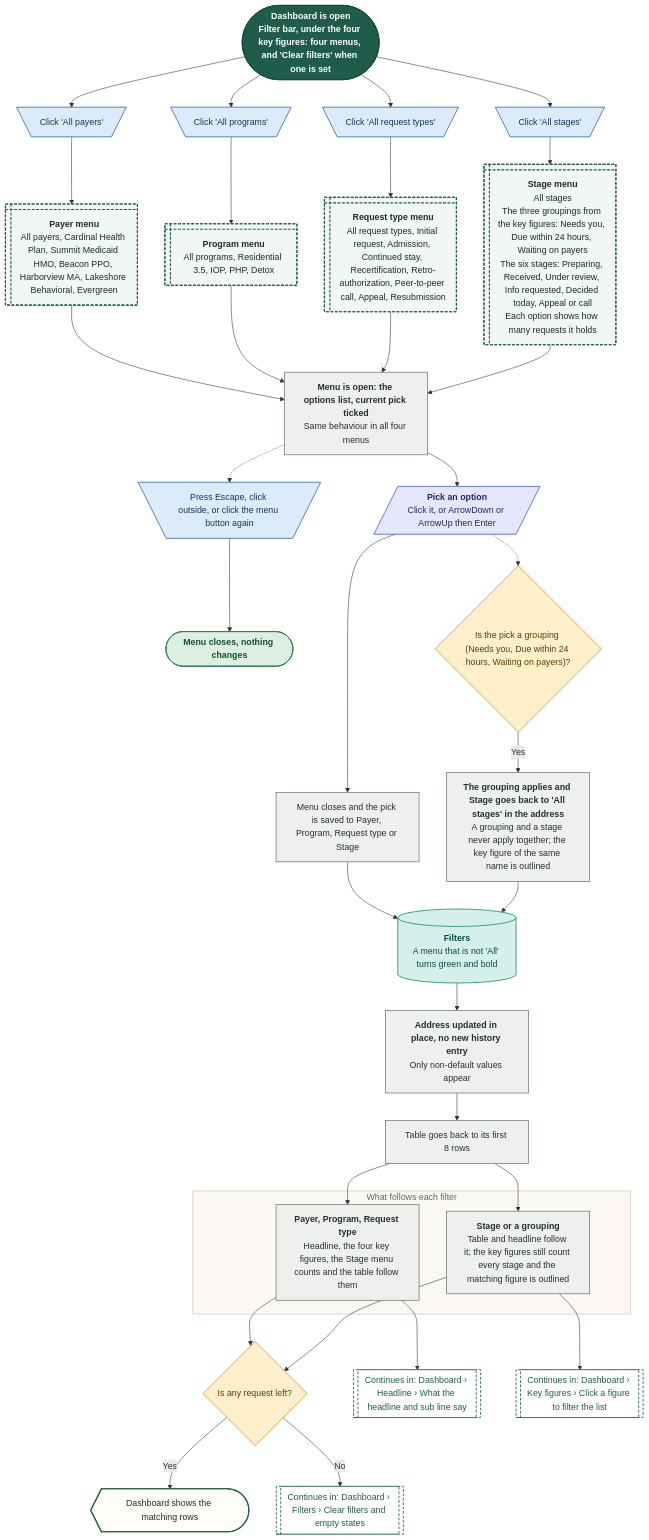
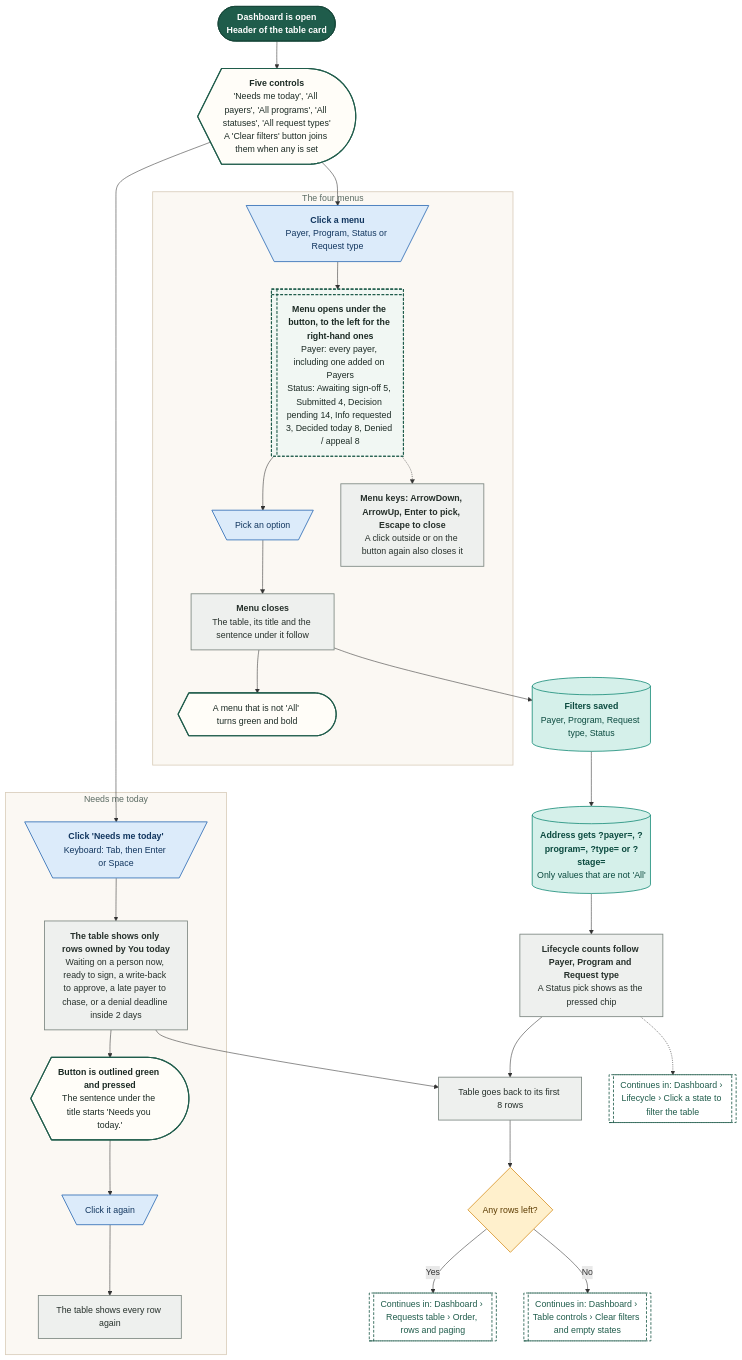
The sixth of 21 diagrams in demos/prior-auth-demo/workflows/out/md/02-dashboard.md (Shrav143/psyfloapp), drawn with Mermaid before and after one commit. The commit also changed other lines of this file and 251 other files, not shown here.

First line of the commit message:
docs: rebuild the workflow diagrams (291) for round 4

````diff
--- a/demos/prior-auth-demo/workflows/out/md/02-dashboard.md
+++ b/demos/prior-auth-demo/workflows/out/md/02-dashboard.md
@@ -345,75 +408,64 @@
 ```mermaid
 %%{init: {"theme":"base","themeVariables":{"fontFamily":"'DM Sans', 'Segoe UI', system-ui, sans-serif","fontSize":"15px","lineColor":"#5B6B63","primaryTextColor":"#1C2B25","clusterBkg":"#FBF8F3","clusterBorder":"#D9CDBB","edgeLabelBackground":"#FFFFFF"},"flowchart":{"curve":"basis","nodeSpacing":36,"rankSpacing":48,"padding":12,"htmlLabels":true,"useMaxWidth":false,"wrappingWidth":230}} }%%
 flowchart TD
   classDef k_start fill:#1F5C4B,stroke:#174638,color:#FFFFFF,stroke-width:1.5px,font-weight:600
   classDef k_end fill:#DDEFE3,stroke:#2E7D4F,color:#14502F,stroke-width:1.5px,font-weight:600
   classDef k_endx fill:#FBE3E0,stroke:#C0392B,color:#7A1F16,stroke-width:1.5px,font-weight:600
   classDef k_screen fill:#FFFDF8,stroke:#1F5C4B,color:#1C2B25,stroke-width:2px
   classDef k_overlay fill:#F1F7F3,stroke:#1F5C4B,color:#1C2B25,stroke-width:2px,stroke-dasharray:5 3
   classDef k_click fill:#DCEBFA,stroke:#2F6DB5,color:#12365F,stroke-width:1.5px
   classDef k_input fill:#E4E7FF,stroke:#4C5FD5,color:#1D2670,stroke-width:1.5px
   classDef k_process fill:#EEF0EE,stroke:#7A857F,color:#26302B,stroke-width:1.5px
   classDef k_agent fill:#EEE5FA,stroke:#7A4FC2,color:#341A63,stroke-width:1.5px
   classDef k_decision fill:#FFF0CC,stroke:#D9962B,color:#5C3B00,stroke-width:1.5px
   classDef k_store fill:#D5F0EA,stroke:#1C8E7B,color:#0B4A3F,stroke-width:1.5px
   classDef k_doc fill:#F6E9DC,stroke:#B07A4C,color:#4A2E14,stroke-width:1.5px
   classDef k_ext fill:#FFE6D2,stroke:#E07B39,color:#6B2F06,stroke-width:1.5px
   classDef k_wait fill:#E4E8EE,stroke:#6B7C93,color:#26303D,stroke-width:1.5px
   classDef k_toast fill:#FFF9DB,stroke:#C9A400,color:#5A4A00,stroke-width:1.5px
   classDef k_goto fill:#FFFFFF,stroke:#1F5C4B,color:#1F5C4B,stroke-width:1.5px,stroke-dasharray:5 3
-  s1@{ shape: stadium, label: "<b>Dashboard is open</b><br/>Filter bar, under the four key figures: four menus, and 'Clear filters' when one is set" }
-  c1@{ shape: trap-t, label: "Click 'All payers'" }
-  c2@{ shape: trap-t, label: "Click 'All programs'" }
-  c3@{ shape: trap-t, label: "Click 'All request types'" }
-  c4@{ shape: trap-t, label: "Click 'All stages'" }
-  o1@{ shape: win-pane, label: "<b>Payer menu</b><br/>All payers, Cardinal Health Plan, Summit Medicaid HMO, Beacon PPO, Harborview MA, Lakeshore Behavioral, Evergreen" }
-  o2@{ shape: win-pane, label: "<b>Program menu</b><br/>All programs, Residential 3.5, IOP, PHP, Detox" }
-  o3@{ shape: win-pane, label: "<b>Request type menu</b><br/>All request types, Initial request, Admission, Continued stay, Recertification, Retro-authorization, Peer-to-peer call, Appeal, Resubmission" }
-  o4@{ shape: win-pane, label: "<b>Stage menu</b><br/>All stages<br/>The three groupings from the key figures: Needs you, Due within 24 hours, Waiting on payers<br/>The six stages: Preparing, Received, Under review, Info requested, Decided today, Appeal or call<br/>Each option shows how many requests it holds" }
-  m1@{ shape: rect, label: "<b>Menu is open: the options list, current pick ticked</b><br/>Same behaviour in all four menus" }
-  i1@{ shape: lean-r, label: "<b>Pick an option</b><br/>Click it, or ArrowDown or ArrowUp then Enter" }
-  k1@{ shape: trap-t, label: "Press Escape, click outside, or click the menu button again" }
-  e0@{ shape: stadium, label: "Menu closes, nothing changes" }
-  dg@{ shape: diam, label: "Is the pick a grouping (Needs you, Due within 24 hours, Waiting on payers)?" }
-  pg@{ shape: rect, label: "<b>The grouping applies and Stage goes back to 'All stages' in the address</b><br/>A grouping and a stage never apply together; the key figure of the same name is outlined" }
-  p1@{ shape: rect, label: "Menu closes and the pick is saved to Payer, Program, Request type or Stage" }
-  w1@{ shape: cyl, label: "<b>Filters</b><br/>A menu that is not 'All' turns green and bold" }
-  p2@{ shape: rect, label: "<b>Address updated in place, no new history entry</b><br/>Only non-default values appear" }
-  p3@{ shape: rect, label: "Table goes back to its first 8 rows" }
-  subgraph gFollow ["What follows each filter"]
-  f1@{ shape: rect, label: "<b>Payer, Program, Request type</b><br/>Headline, the four key figures, the Stage menu counts and the table follow them" }
-  f2@{ shape: rect, label: "<b>Stage or a grouping</b><br/>Table and headline follow it; the key figures still count every stage and the matching figure is outlined" }
+  s1@{ shape: stadium, label: "<b>Dashboard is open</b><br/>Header of the table card" }
+  sc@{ shape: curv-trap, label: "<b>Five controls</b><br/>'Needs me today', 'All payers', 'All programs', 'All statuses', 'All request types'<br/>A 'Clear filters' button joins them when any is set" }
+  subgraph gToggle ["Needs me today"]
+  t1@{ shape: trap-t, label: "<b>Click 'Needs me today'</b><br/>Keyboard: Tab, then Enter or Space" }
+  t2@{ shape: rect, label: "<b>The table shows only rows owned by You today</b><br/>Waiting on a person now, ready to sign, a write-back to approve, a late payer to chase, or a denial deadline inside 2 days" }
+  t3@{ shape: curv-trap, label: "<b>Button is outlined green and pressed</b><br/>The sentence under the title starts 'Needs you today.'" }
+  t4@{ shape: trap-t, label: "Click it again" }
+  t5@{ shape: rect, label: "The table shows every row again" }
   end
-  d1@{ shape: diam, label: "Is any request left?" }
-  sc@{ shape: curv-trap, label: "Dashboard shows the matching rows" }
-  g1@{ shape: subproc, label: "Continues in: Dashboard › Filters › Clear filters and empty states" }
-  g2@{ shape: subproc, label: "Continues in: Dashboard › Headline › What the headline and sub line say" }
-  g3@{ shape: subproc, label: "Continues in: Dashboard › Key figures › Click a figure to filter the list" }
-  s1 --> c1 --> o1
-  s1 --> c2 --> o2
-  s1 --> c3 --> o3
-  s1 --> c4 --> o4
-  o1 & o2 & o3 & o4 --> m1
-  m1 --> i1
-  m1 -.-> k1 --> e0
-  i1 --> p1 --> w1 --> p2 --> p3
-  i1 -.-> dg
-  dg -->|"Yes"| pg --> w1
-  p3 --> f1 & f2
-  f1 --> g2
-  f2 --> g3
-  f1 & f2 --> d1
-  d1 -->|"Yes"| sc
+  subgraph gMenus ["The four menus"]
+  m1@{ shape: trap-t, label: "<b>Click a menu</b><br/>Payer, Program, Status or Request type" }
+  m2@{ shape: win-pane, label: "<b>Menu opens under the button, to the left for the right-hand ones</b><br/>Payer: every payer, including one added on Payers<br/>Status: Awaiting sign-off 5, Submitted 4, Decision pending 14, Info requested 3, Decided today 8, Denied / appeal 8" }
+  m3@{ shape: trap-t, label: "Pick an option" }
+  m4@{ shape: rect, label: "<b>Menu closes</b><br/>The table, its title and the sentence under it follow" }
+  m5@{ shape: rect, label: "<b>Menu keys: ArrowDown, ArrowUp, Enter to pick, Escape to close</b><br/>A click outside or on the button again also closes it" }
+  m6@{ shape: curv-trap, label: "A menu that is not 'All' turns green and bold" }
+  end
+  w1@{ shape: cyl, label: "<b>Filters saved</b><br/>Payer, Program, Request type, Status" }
+  w2@{ shape: cyl, label: "<b>Address gets ?payer=, ?program=, ?type= or ?stage=</b><br/>Only values that are not 'All'" }
+  p1@{ shape: rect, label: "<b>Lifecycle counts follow Payer, Program and Request type</b><br/>A Status pick shows as the pressed chip" }
+  p2@{ shape: rect, label: "Table goes back to its first 8 rows" }
+  d1@{ shape: diam, label: "Any rows left?" }
+  g1@{ shape: subproc, label: "Continues in: Dashboard › Table controls › Clear filters and empty states" }
+  g2@{ shape: subproc, label: "Continues in: Dashboard › Lifecycle › Click a state to filter the table" }
+  g3@{ shape: subproc, label: "Continues in: Dashboard › Requests table › Order, rows and paging" }
+  s1 --> sc
+  sc --> t1 --> t2 --> t3 --> t4 --> t5
+  sc --> m1 --> m2 --> m3 --> m4 --> m6
+  m2 -.-> m5
+  m4 --> w1 --> w2 --> p1 --> p2 --> d1
+  t2 --> p2
+  d1 -->|"Yes"| g3
   d1 -->|"No"| g1
+  p1 -.-> g2
   class s1 k_start
-  class c1,c2,c3,c4,k1 k_click
-  class o1,o2,o3,o4 k_overlay
-  class m1,pg,p1,p2,p3,f1,f2 k_process
-  class i1 k_input
-  class e0 k_end
-  class dg,d1 k_decision
-  class w1 k_store
-  class sc k_screen
+  class sc,t3,m6 k_screen
+  class t1,t4,m1,m3 k_click
+  class t2,t5,m4,m5,p1,p2 k_process
+  class m2 k_overlay
+  class w1,w2 k_store
+  class d1 k_decision
   class g1,g2,g3 k_goto
-  style gFollow fill:#FBF8F3,stroke:#D9CDBB,stroke-width:1.5px,color:#5B6B63
+  style gToggle fill:#FBF8F3,stroke:#D9CDBB,stroke-width:1.5px,color:#5B6B63
+  style gMenus fill:#FBF8F3,stroke:#D9CDBB,stroke-width:1.5px,color:#5B6B63
 ```
````
